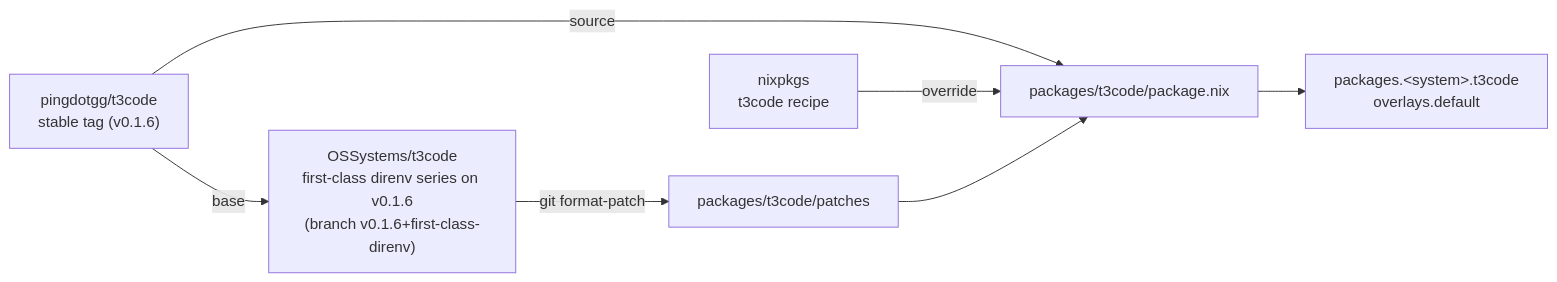
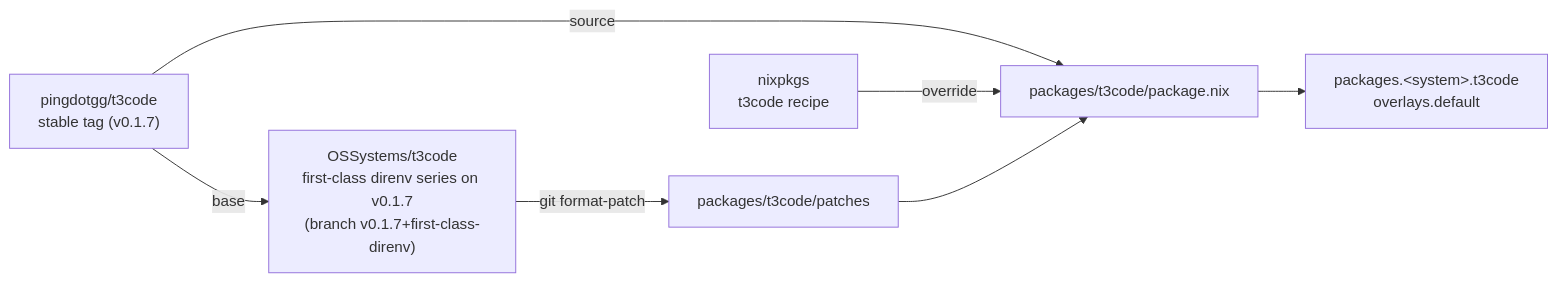
One commit to OSSystems/t3code-nix changed the first of 2 diagrams in README.md. Above: the diagram before and after it, drawn with Mermaid. The commit also changed 13 other files, not shown here.

````diff
--- a/README.md
+++ b/README.md
@@ -15,16 +15,16 @@
 ```mermaid
 flowchart LR
-  upstream["pingdotgg/t3code<br/>stable tag (v0.1.6)"]
-  fork["OSSystems/t3code<br/>first-class direnv series on v0.1.6<br/>(branch v0.1.6+first-class-direnv)"]
+  upstream["pingdotgg/t3code<br/>stable tag (v0.1.7)"]
+  fork["OSSystems/t3code<br/>first-class direnv series on v0.1.7<br/>(branch v0.1.7+first-class-direnv)"]
   recipe["nixpkgs<br/>t3code recipe"]
   patches["packages/t3code/patches"]
   pkg["packages/t3code/package.nix"]
   out["packages.&lt;system&gt;.t3code<br/>overlays.default"]
 
   upstream -- "base" --> fork
   fork -- "git format-patch" --> patches
   upstream -- "source" --> pkg
   recipe -- "override" --> pkg
   patches --> pkg
   pkg --> out
 ```
````
